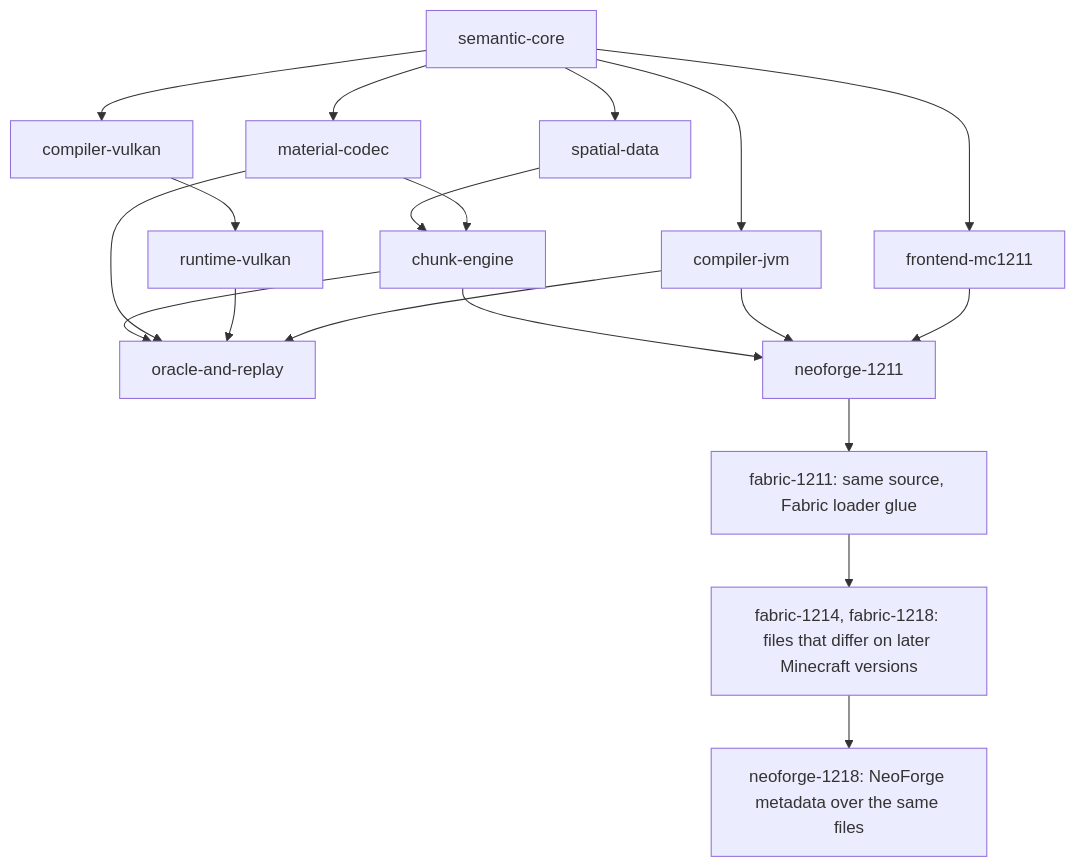
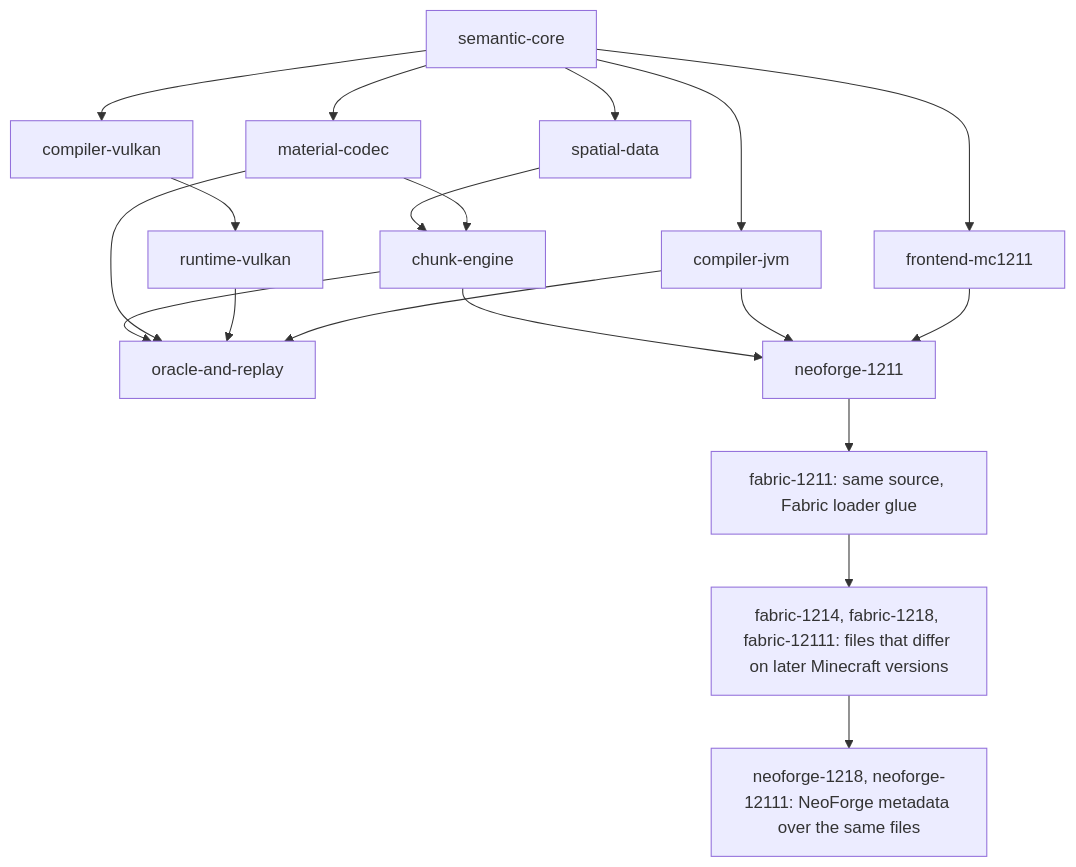
One commit to Miningmanias/Tellurium changed the diagram in docs/ARCHITECTURE.md. Above: the diagram before and after it, drawn with Mermaid. The commit also changed 10 other files, not shown here.

````diff
--- a/docs/ARCHITECTURE.md
+++ b/docs/ARCHITECTURE.md
@@ -7,21 +7,21 @@
 ```mermaid
 flowchart TD
   semantic[semantic-core] --> cpu[compiler-jvm]
   semantic --> glsl[compiler-vulkan]
   semantic --> frontend[frontend-mc1211]
   semantic --> material[material-codec]
   semantic --> spatial[spatial-data]
   material --> engine[chunk-engine]
   spatial --> engine
   glsl --> native[runtime-vulkan]
   cpu --> replay[oracle-and-replay]
   native --> replay
   material --> replay
   engine --> replay
   frontend --> neo[neoforge-1211]
   cpu --> neo
   engine --> neo
   neo --> fabric[fabric-1211: same source, Fabric loader glue]
-  fabric --> ports[fabric-1214, fabric-1218: files that differ on later Minecraft versions]
-  ports --> neoports[neoforge-1218: NeoForge metadata over the same files]
+  fabric --> ports[fabric-1214, fabric-1218, fabric-12111: files that differ on later Minecraft versions]
+  ports --> neoports[neoforge-1218, neoforge-12111: NeoForge metadata over the same files]
 ```
````
